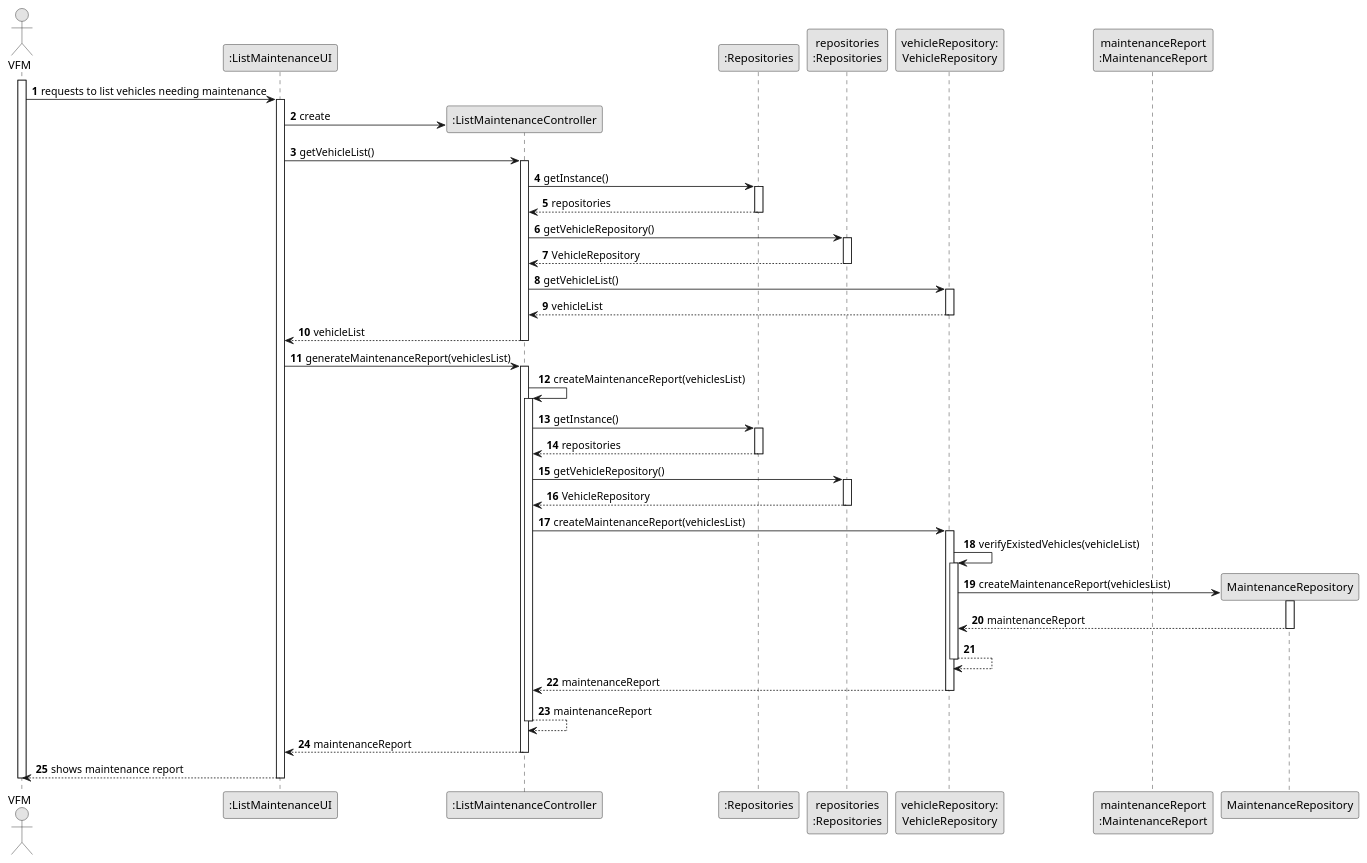
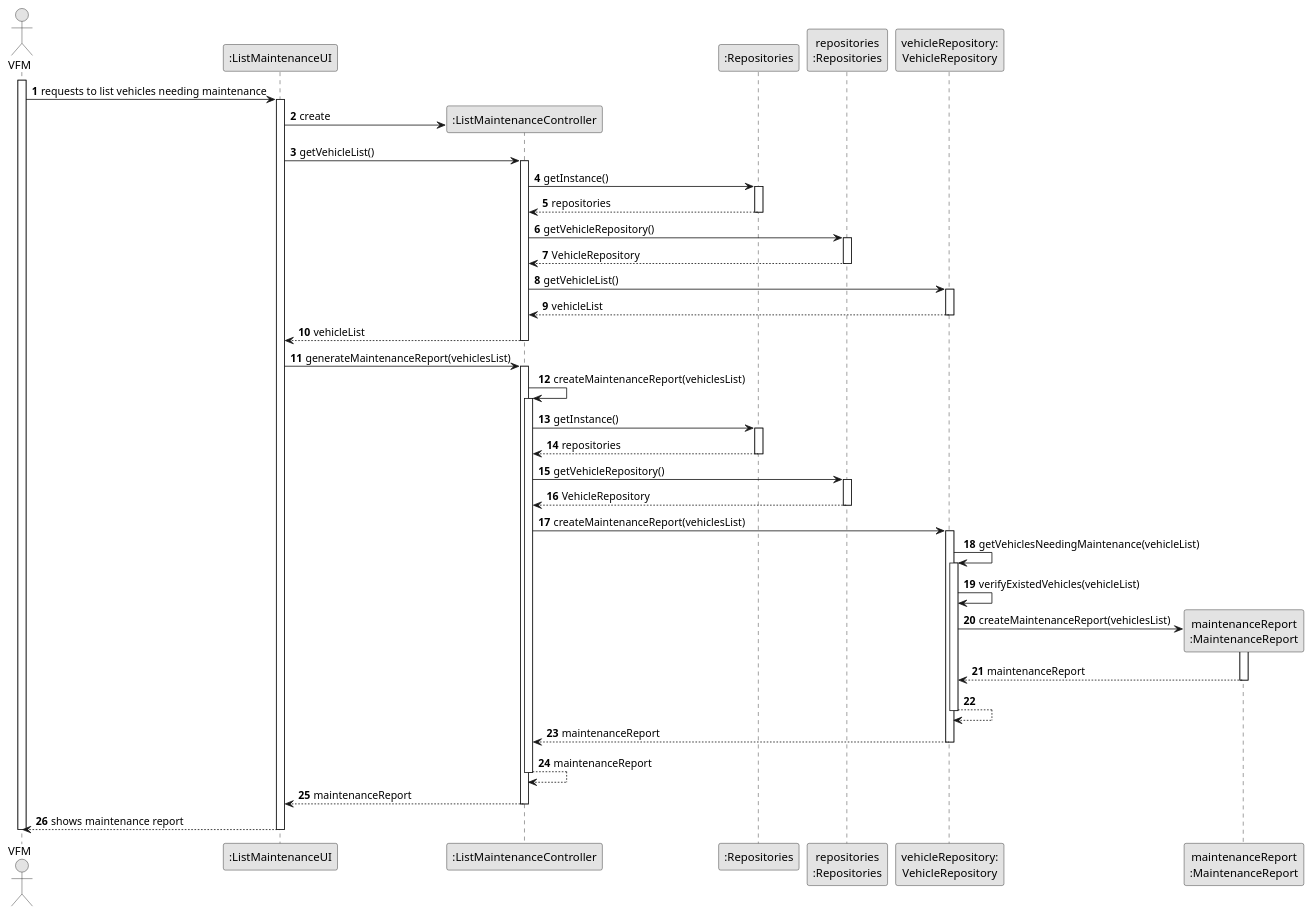
One commit to ricardomm7/leaflink changed the diagram in docs/sprintB/us008/03.design/puml/us008-sequence-diagram-full.puml. Above: the diagram before and after it, drawn with PlantUML. The commit also changed 3 other files, not shown here.

Commit message:
LFC2-88<Finish the class diagram and change the sequence diagram> LFC2-90<Finish the class diagram and change the sequence diagram>

```diff
--- a/docs/sprintB/us008/03.design/puml/us008-sequence-diagram-full.puml
+++ b/docs/sprintB/us008/03.design/puml/us008-sequence-diagram-full.puml
@@ -1,96 +1,98 @@
 @startuml
 skinparam monochrome true
 skinparam packageStyle rectangle
 skinparam shadowing false
 
 autonumber
 
 'hide footbox
 actor "VFM" as VFM
 participant ":ListMaintenanceUI" as UI
 participant ":ListMaintenanceController" as CTRL
 participant ":Repositories" as RepositorySingleton
 participant "repositories\n:Repositories" as PLAT
 participant "vehicleRepository:\nVehicleRepository" as VehicleRepository
 participant "maintenanceReport\n:MaintenanceReport" as MaintenanceReport
 
 activate VFM
 
     VFM -> UI : requests to list vehicles needing maintenance
     activate UI
 
         UI -> CTRL** : create
 
         UI -> CTRL : getVehicleList()
         activate CTRL
 
             CTRL -> RepositorySingleton : getInstance()
             activate RepositorySingleton
 
                 RepositorySingleton --> CTRL: repositories
             deactivate RepositorySingleton
 
             CTRL -> PLAT : getVehicleRepository()
             activate PLAT
 
                 PLAT --> CTRL: VehicleRepository
             deactivate PLAT
 
             CTRL -> VehicleRepository : getVehicleList()
             activate VehicleRepository
 
                 VehicleRepository --> CTRL : vehicleList
             deactivate VehicleRepository
 
             CTRL --> UI : vehicleList
         deactivate CTRL
 
 
         UI -> CTRL : generateMaintenanceReport(vehiclesList)
         activate CTRL
 
             CTRL -> CTRL : createMaintenanceReport(vehiclesList)
             activate CTRL
 
                 CTRL -> RepositorySingleton : getInstance()
                 activate RepositorySingleton
 
                     RepositorySingleton --> CTRL: repositories
                 deactivate RepositorySingleton
 
                 CTRL -> PLAT : getVehicleRepository()
                 activate PLAT
 
                     PLAT --> CTRL: VehicleRepository
                 deactivate PLAT
 
                 CTRL -> VehicleRepository : createMaintenanceReport(vehiclesList)
                 activate VehicleRepository
 
-                VehicleRepository -> VehicleRepository: verifyExistedVehicles(vehicleList)
+                VehicleRepository -> VehicleRepository: getVehiclesNeedingMaintenance(vehicleList)
                 activate VehicleRepository
 
-                    VehicleRepository -> MaintenanceRepository **: createMaintenanceReport(vehiclesList)
-                    activate MaintenanceRepository
+                    VehicleRepository -> VehicleRepository:verifyExistedVehicles(vehicleList)
 
-                    MaintenanceRepository --> VehicleRepository : maintenanceReport
-                    deactivate MaintenanceRepository
+                    VehicleRepository -> MaintenanceReport **: createMaintenanceReport(vehiclesList)
+                    activate MaintenanceReport
+
+                    MaintenanceReport --> VehicleRepository : maintenanceReport
+                    deactivate MaintenanceReport
 
                 VehicleRepository --> VehicleRepository
                 deactivate VehicleRepository
 
                 VehicleRepository --> CTRL : maintenanceReport
                 deactivate VehicleRepository
 
             CTRL --> CTRL : maintenanceReport
             deactivate CTRL
 
             CTRL --> UI : maintenanceReport
         deactivate CTRL
 
         UI --> VFM : shows maintenance report
     deactivate UI
 
 deactivate VFM
 
 @enduml
```
